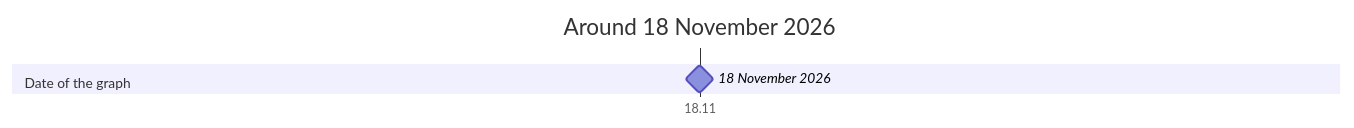
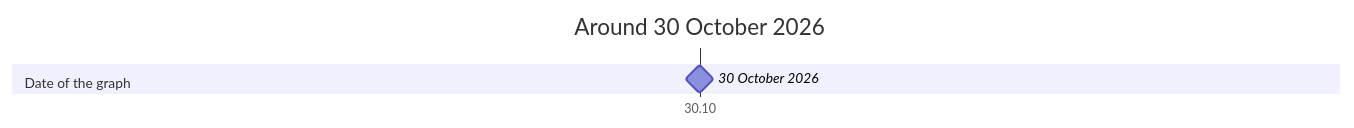
Before and after one commit to advancedcognitivesystems-ai/trame: the diagram in docs/timeline.md, drawn with Mermaid. The commit also changed other lines of this file and 382 other files, not shown here.

````diff
--- a/docs/timeline.md
+++ b/docs/timeline.md
@@ -5,8 +5,8 @@
 ```mermaid
 gantt
   dateFormat YYYY-MM-DD
   axisFormat %d.%m
-  title Around 18 November 2026
+  title Around 30 October 2026
   section Date of the graph
-    18 November 2026 : milestone, 2026-11-18, 0d
+    30 October 2026 : milestone, 2026-10-30, 0d
 ```
````
